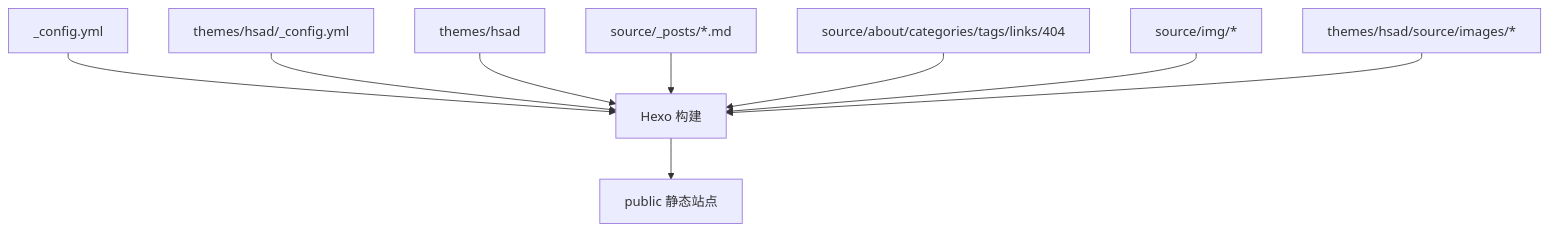
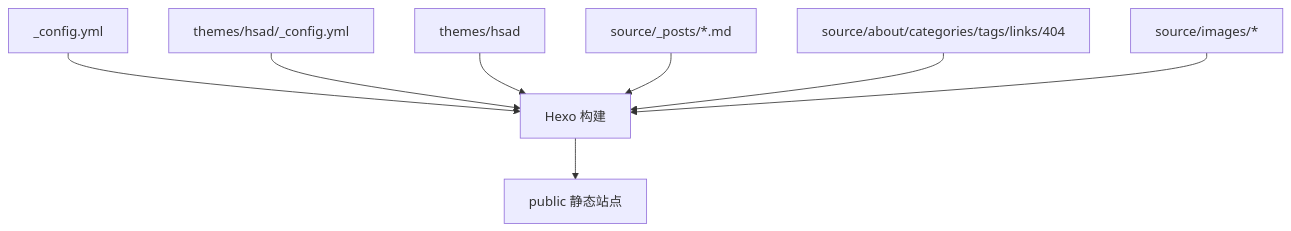
Before and after one commit to GladiusHuang/my_hexo_blog: the second of 2 diagrams in TECHNICAL_OVERVIEW.md, drawn with Mermaid. The commit also changed other lines of this file and 6 other files, not shown here.

````diff
--- a/TECHNICAL_OVERVIEW.md
+++ b/TECHNICAL_OVERVIEW.md
@@ -238,21 +230,19 @@
 ```mermaid
 flowchart TD
   Config["_config.yml"]
   ThemeConfig["themes/hsad/_config.yml"]
   Theme["themes/hsad"]
   Posts["source/_posts/*.md"]
   Pages["source/about/categories/tags/links/404"]
-  SiteImages["source/img/*"]
-  ThemeImages["themes/hsad/source/images/*"]
+  SiteImages["source/images/*"]
   Hexo["Hexo 构建"]
   Public["public 静态站点"]
 
   Config --> Hexo
   ThemeConfig --> Hexo
   Theme --> Hexo
   Posts --> Hexo
   Pages --> Hexo
   SiteImages --> Hexo
-  ThemeImages --> Hexo
   Hexo --> Public
 ```
````
